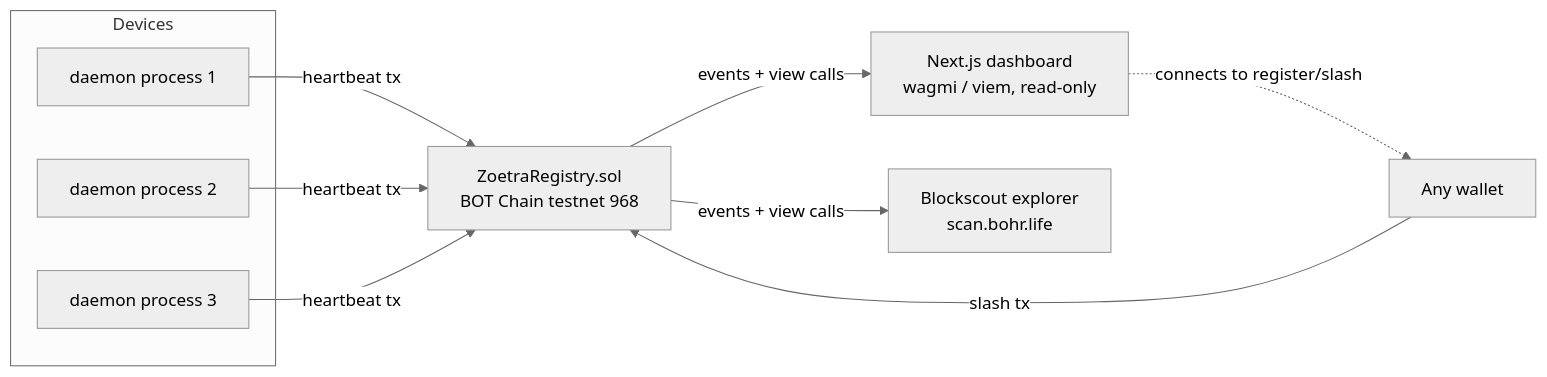
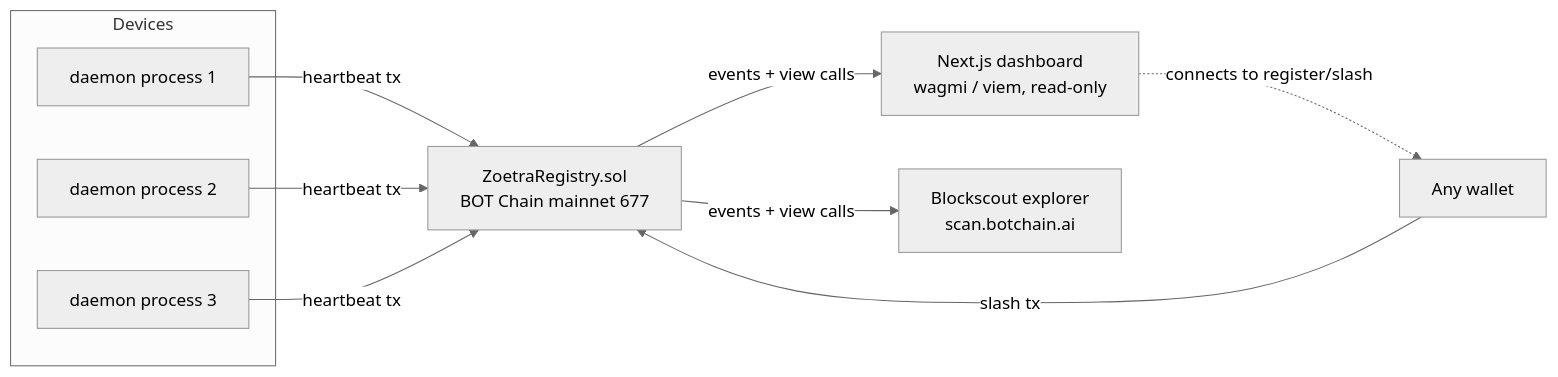
One commit to mystiquemide/zoetra changed the first of 2 diagrams in README.md. Above: the diagram before and after it, drawn with Mermaid (neutral theme). The commit also changed other lines of this file and 11 other files, not shown here.

Commit message:
Update Zoetra app copy for BOT Chain mainnet

````diff
--- a/README.md
+++ b/README.md
@@ -43,16 +43,16 @@
 ```mermaid
 flowchart LR
     subgraph Devices
         D1[daemon process 1]
         D2[daemon process 2]
         D3[daemon process 3]
     end
     D1 -- heartbeat tx --> C
     D2 -- heartbeat tx --> C
     D3 -- heartbeat tx --> C
-    C[ZoetraRegistry.sol<br/>BOT Chain testnet 968]
+    C[ZoetraRegistry.sol<br/>BOT Chain mainnet 677]
     C -- events + view calls --> W[Next.js dashboard<br/>wagmi / viem, read-only]
-    C -- events + view calls --> B[Blockscout explorer<br/>scan.bohr.life]
+    C -- events + view calls --> B[Blockscout explorer<br/>scan.botchain.ai]
     U[Any wallet] -- slash tx --> C
     W -. connects to register/slash .-> U
 ```
````
